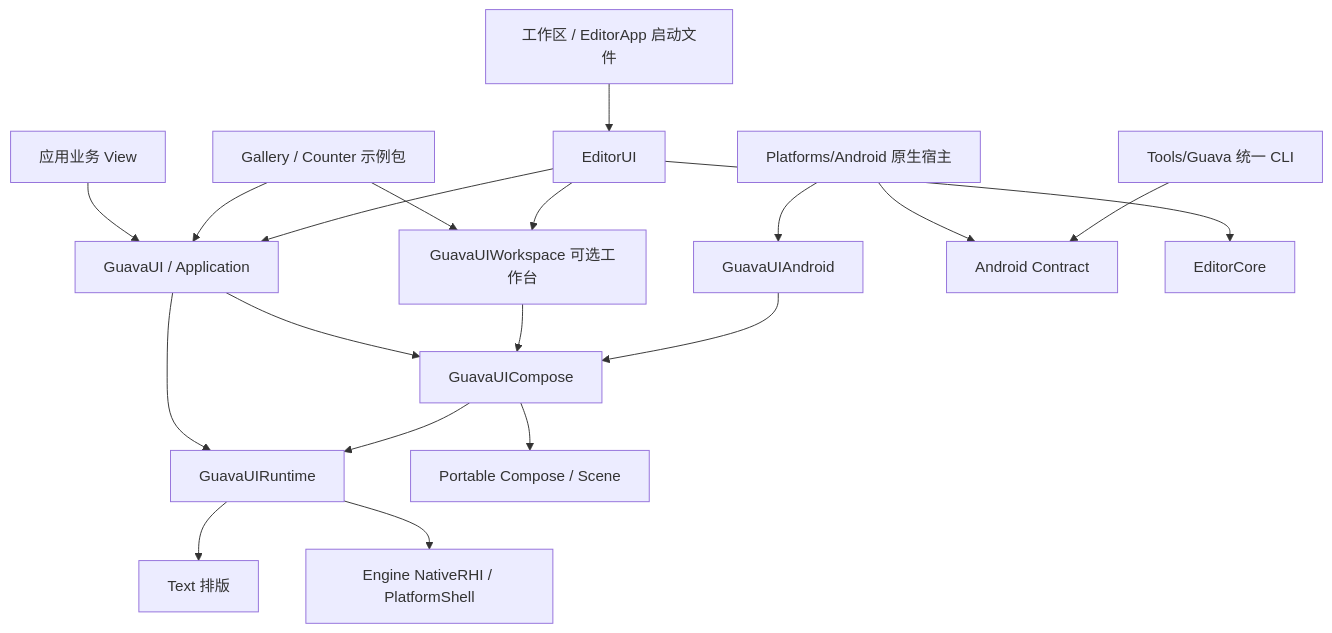
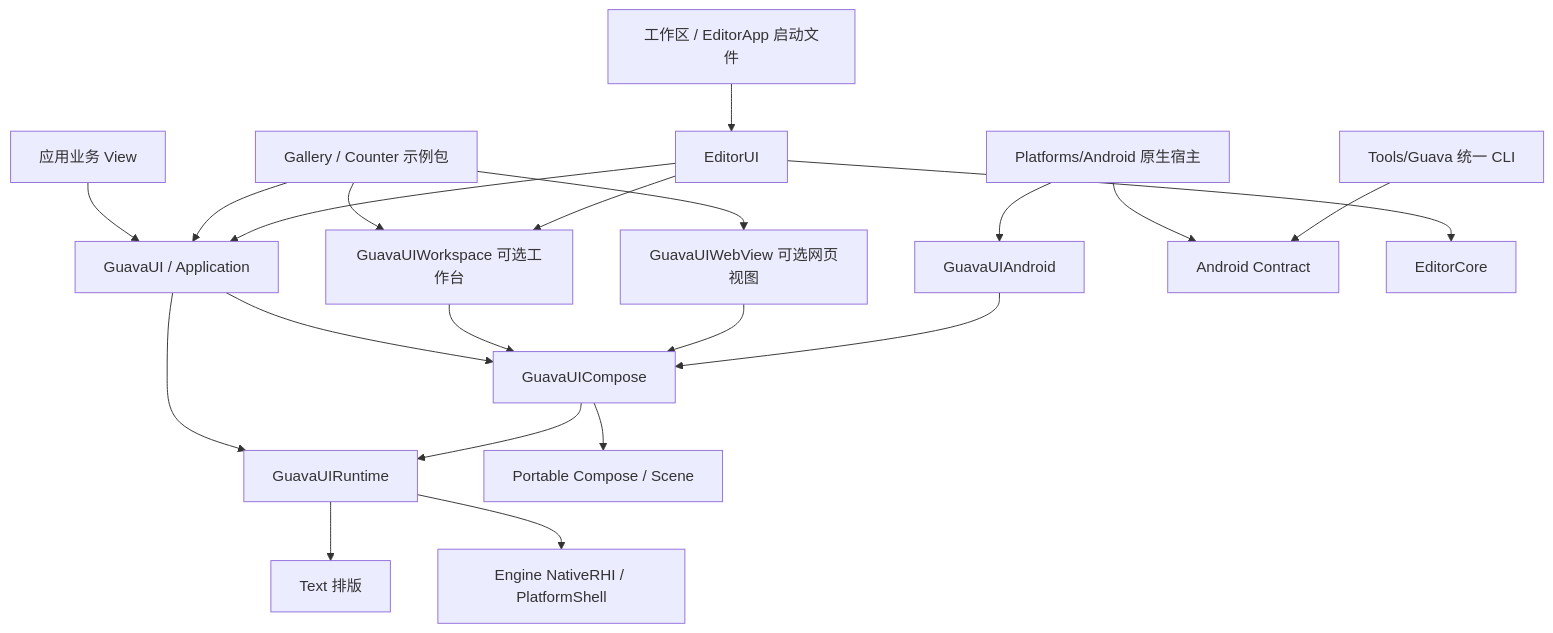
The diagram in docs/architecture/module-boundaries.md (AlexCat315/Diffuse), drawn with Mermaid before and after one commit. The commit also changed other lines of this file and 19 other files, not shown here.

Commit message:
feat(webview): 添加 macOS WKWebView 支持，提供网页视图组件

````diff
--- a/docs/architecture/module-boundaries.md
+++ b/docs/architecture/module-boundaries.md
@@ -47,21 +48,23 @@
 ```mermaid
 flowchart TD
   Client[应用业务 View] --> UI[GuavaUI / Application]
   UI --> Compose[GuavaUICompose]
   UI --> Runtime[GuavaUIRuntime]
   Workspace[GuavaUIWorkspace 可选工作台] --> Compose
+  WebView[GuavaUIWebView 可选网页视图] --> Compose
   Compose --> Portable[Portable Compose / Scene]
   Compose --> Runtime
   Runtime --> Text[Text 排版]
   Runtime --> Engine[Engine NativeRHI / PlatformShell]
   AndroidHost[Platforms/Android 原生宿主] --> AndroidUI[GuavaUIAndroid]
   AndroidUI --> Compose
   AndroidHost --> Contract[Android Contract]
   CLI[Tools/Guava 统一 CLI] --> Contract
   Examples[Gallery / Counter 示例包] --> UI
   Examples --> Workspace
+  Examples --> WebView
   EditorUI[EditorUI] --> UI
   EditorUI --> Workspace
   EditorUI --> EditorCore[EditorCore]
   Root[工作区 / EditorApp 启动文件] --> EditorUI
 ```
````
